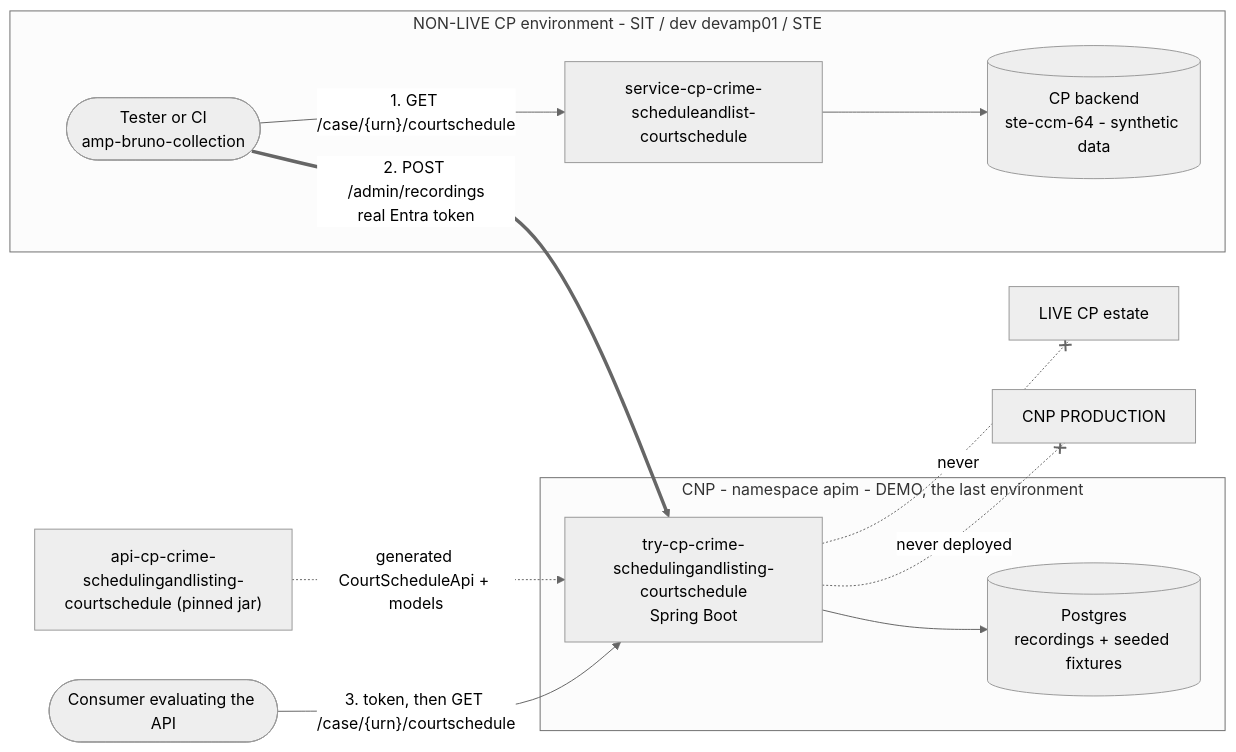
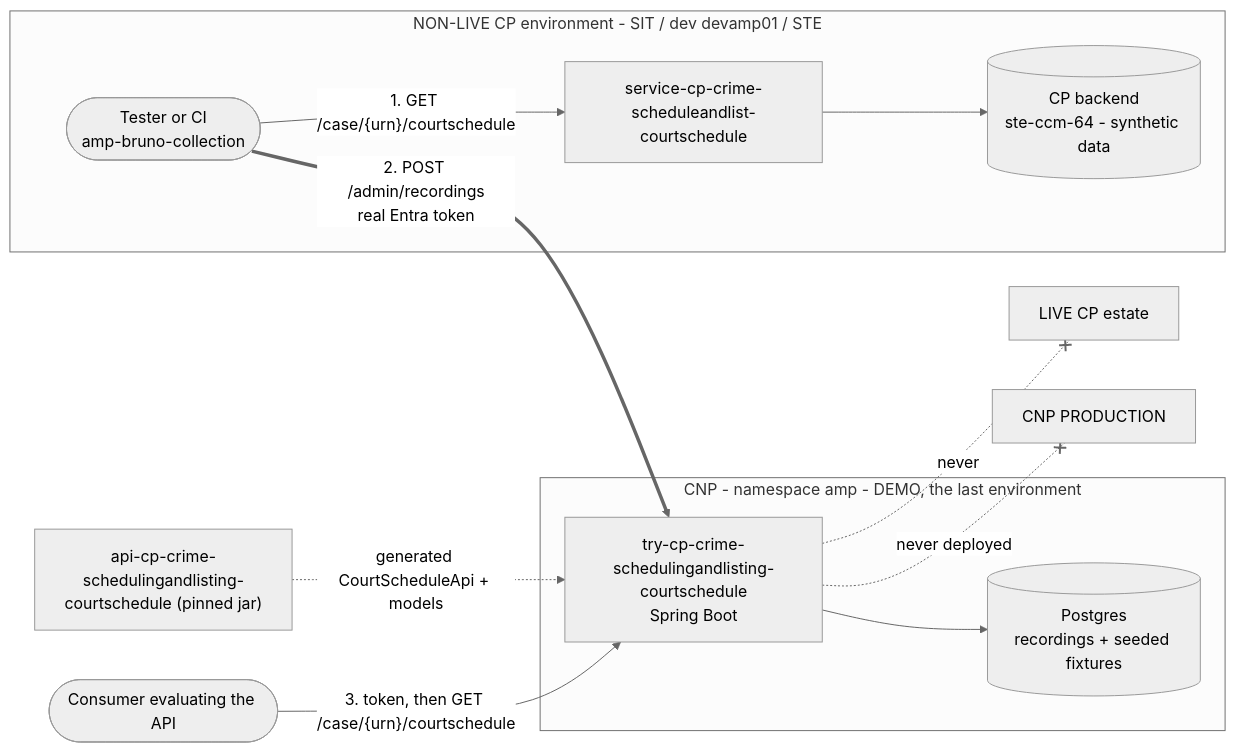
The first of 4 diagrams in README.md (hmcts/try-cp-crime-schedulingandlisting-courtschedule), drawn with Mermaid (neutral theme) before and after one commit. The commit also changed other lines of this file and 36 other files, not shown here.

````diff
--- a/README.md
+++ b/README.md
@@ -38,29 +38,29 @@
 ```mermaid
 flowchart LR
   CONS(["Consumer evaluating the API"])
 
   subgraph LOWER["NON-LIVE CP environment - SIT / dev devamp01 / STE"]
     CAP(["Tester or CI<br/>amp-bruno-collection"])
     SVC["service-cp-crime-scheduleandlist-<br/>courtschedule"]
     CPB[("CP backend<br/>ste-ccm-64 - synthetic data")]
     CAP -- "1. GET /case/{urn}/courtschedule" --> SVC
     SVC --> CPB
   end
 
-  subgraph CNP["CNP - namespace apim - DEMO, the last environment"]
+  subgraph CNP["CNP - namespace amp - DEMO, the last environment"]
     TIN["try-cp-crime-<br/>schedulingandlisting-courtschedule<br/>Spring Boot"]
     STUB[("Postgres<br/>recordings + seeded fixtures")]
     TIN --> STUB
   end
 
   CONTRACT["api-cp-crime-schedulingandlisting-<br/>courtschedule (pinned jar)"]
 
   CONTRACT -. "generated CourtScheduleApi + models" .-> TIN
   CAP == "2. POST /admin/recordings<br/>real Entra token" ==> TIN
   CONS -- "3. token, then GET /case/{urn}/courtschedule" --> TIN
 
   LIVE["LIVE CP estate"]
   PRODX["CNP PRODUCTION"]
   TIN -. "never" .-x LIVE
   TIN -. "never deployed" .-x PRODX
 ```
````
